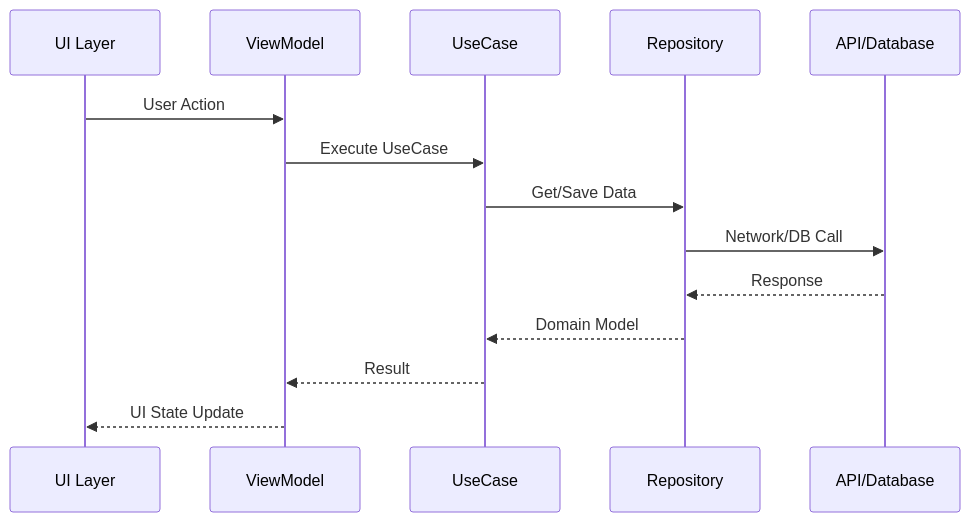
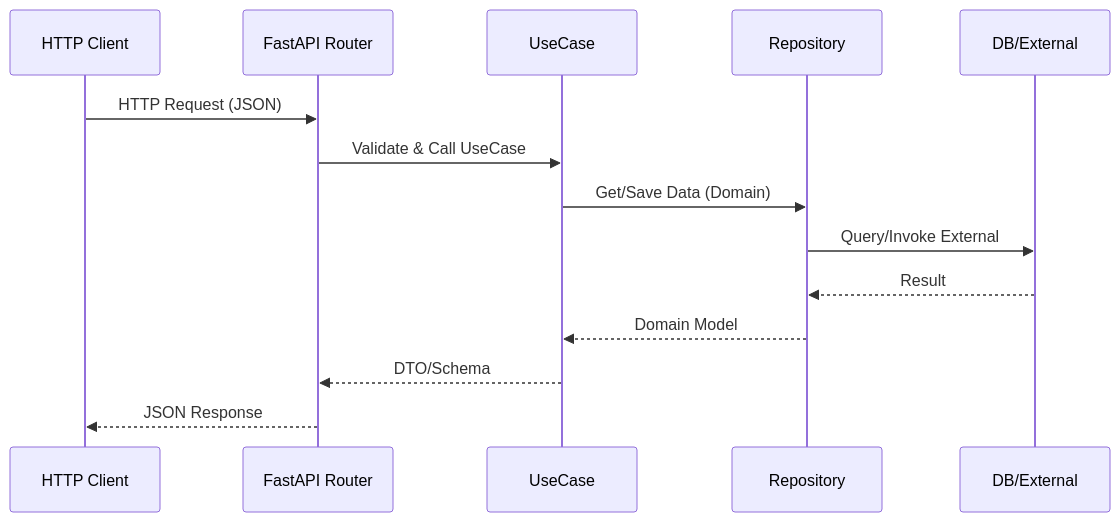
Before and after one commit to flydrm/AIEDU-WEB: the second of 2 diagrams in sop/03-architecture-design.md, drawn with Mermaid. The commit also changed other lines of this file and 6 other files, not shown here.

Commit message:
docs(web-sop): convert SOP to Python 3.11 web (README, SUMMARY, architecture, development, code-review)

````diff
--- a/sop/03-architecture-design.md
+++ b/sop/03-architecture-design.md
@@ -88,17 +97,17 @@
 ```mermaid
 sequenceDiagram
-    participant UI as UI Layer
-    participant VM as ViewModel
+    participant Client as HTTP Client
+    participant API as FastAPI Router
     participant UC as UseCase
     participant Repo as Repository
-    participant API as API/Database
+    participant DB as DB/External
     
-    UI->>VM: User Action
-    VM->>UC: Execute UseCase
-    UC->>Repo: Get/Save Data
-    Repo->>API: Network/DB Call
-    API-->>Repo: Response
+    Client->>API: HTTP Request (JSON)
+    API->>UC: Validate & Call UseCase
+    UC->>Repo: Get/Save Data (Domain)
+    Repo->>DB: Query/Invoke External
+    DB-->>Repo: Result
     Repo-->>UC: Domain Model
-    UC-->>VM: Result
-    VM-->>UI: UI State Update
+    UC-->>API: DTO/Schema
+    API-->>Client: JSON Response
 ```
````
